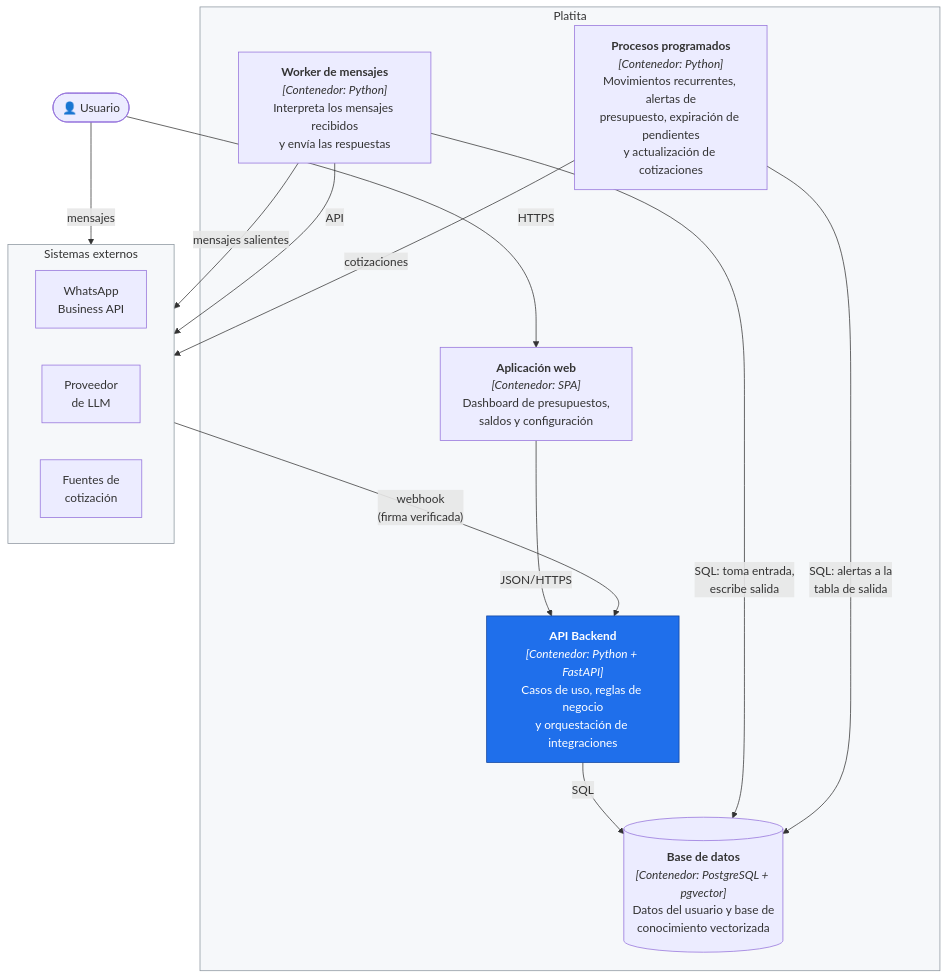
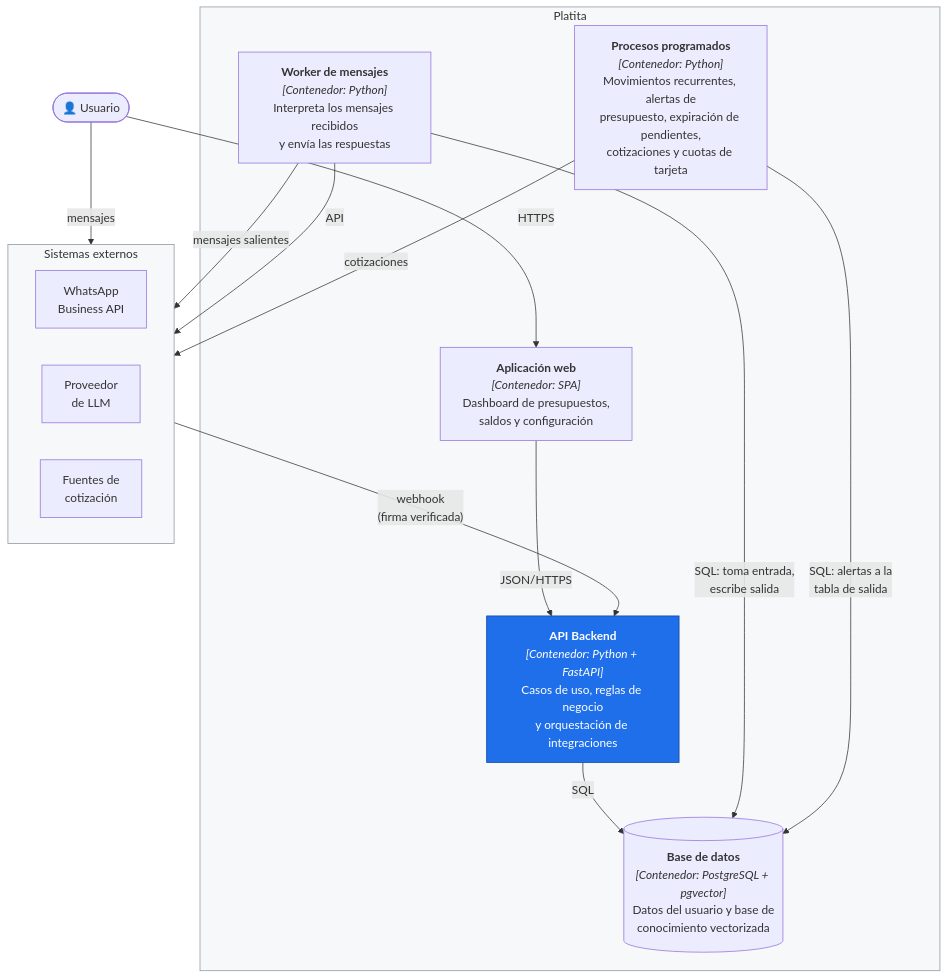
Before and after one commit to verozacarias-prog/AI4Devs-finalproject: the second of 4 diagrams in docs/02-arquitectura.md, drawn with Mermaid. The commit also changed other lines of this file and 9 other files, not shown here.

````diff
--- a/docs/02-arquitectura.md
+++ b/docs/02-arquitectura.md
@@ -38,34 +38,34 @@
 ```mermaid
 flowchart TB
     USER(["👤 Usuario"])
 
     subgraph EXTERNOS["Sistemas externos"]
         direction LR
         WACLOUD["WhatsApp<br/>Business API"]
         LLM["Proveedor<br/>de LLM"]
         FX["Fuentes de<br/>cotización"]
     end
 
     subgraph PLATITA["Platita"]
         SPA["<b>Aplicación web</b><br/><i>[Contenedor: SPA]</i><br/>Dashboard de presupuestos,<br/>saldos y configuración"]
         API["<b>API Backend</b><br/><i>[Contenedor: Python + FastAPI]</i><br/>Casos de uso, reglas de negocio<br/>y orquestación de integraciones"]
         MSGW["<b>Worker de mensajes</b><br/><i>[Contenedor: Python]</i><br/>Interpreta los mensajes recibidos<br/>y envía las respuestas"]
-        WORKER["<b>Procesos programados</b><br/><i>[Contenedor: Python]</i><br/>Movimientos recurrentes, alertas de<br/>presupuesto, expiración de pendientes<br/>y actualización de cotizaciones"]
+        WORKER["<b>Procesos programados</b><br/><i>[Contenedor: Python]</i><br/>Movimientos recurrentes, alertas de<br/>presupuesto, expiración de pendientes,<br/>cotizaciones y cuotas de tarjeta"]
         DB[("<b>Base de datos</b><br/><i>[Contenedor: PostgreSQL + pgvector]</i><br/>Datos del usuario y base de<br/>conocimiento vectorizada")]
     end
 
     USER -->|"mensajes"| WACLOUD
     USER -->|"HTTPS"| SPA
     WACLOUD -->|"webhook<br/>(firma verificada)"| API
     MSGW -->|"mensajes salientes"| WACLOUD
     SPA -->|"JSON/HTTPS"| API
     API -->|"SQL"| DB
     MSGW -->|"SQL: toma entrada,<br/>escribe salida"| DB
     MSGW -->|"API"| LLM
     WORKER -->|"SQL: alertas a la<br/>tabla de salida"| DB
     WORKER -->|"cotizaciones"| FX
 
     style API fill:#1f6feb,stroke:#0d419d,color:#fff
     style PLATITA fill:#f6f8fa,stroke:#8b949e
     style EXTERNOS fill:#f6f8fa,stroke:#8b949e
 ```
````
